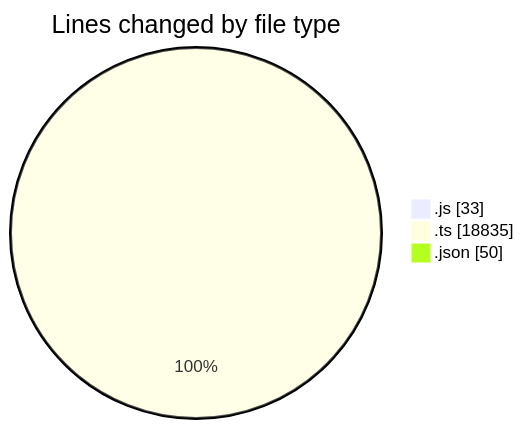
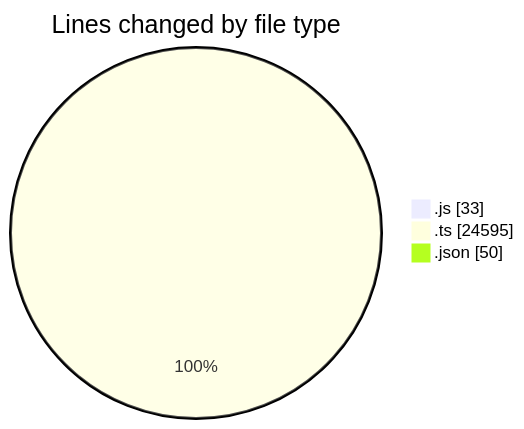
The first of 2 diagrams in 2025-09-08/cda/README.md (momahboobian/code-tracking), drawn with Mermaid before and after one commit. The commit also changed other lines of this file and 1 other file, not shown here.

````diff
--- a/2025-09-08/cda/README.md
+++ b/2025-09-08/cda/README.md
@@ -26,7 +26,7 @@
 ```mermaid
 pie showData
 title Lines changed by file type
 ".js" : 33
-".ts" : 18835
+".ts" : 24595
 ".json" : 50
 ```
````
